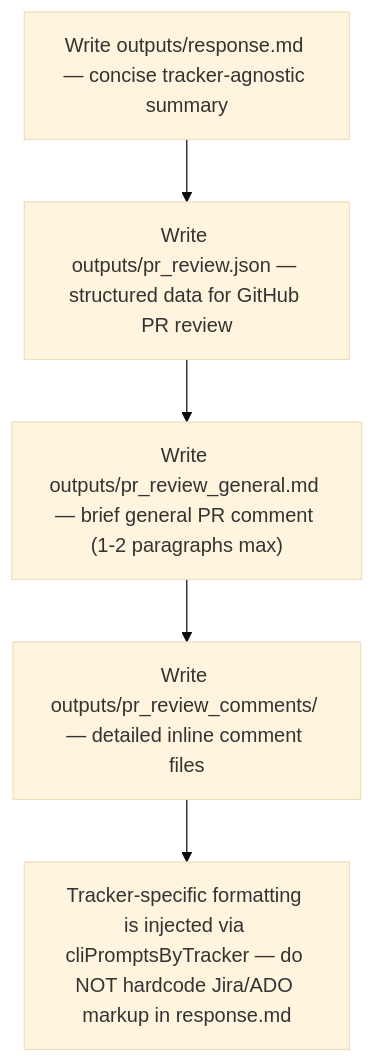
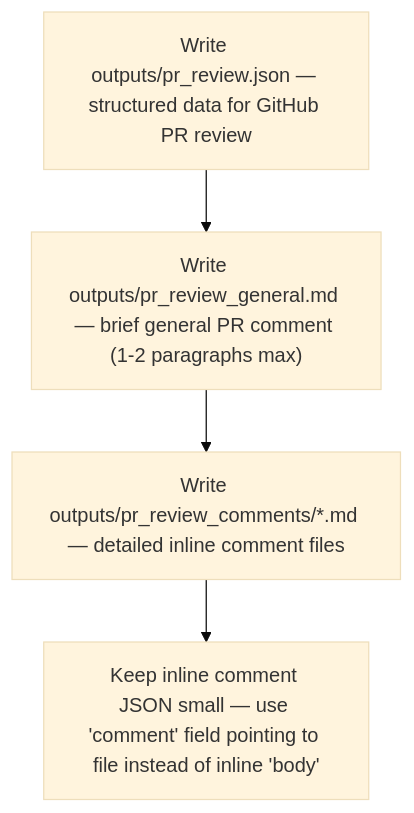
One commit to IstiN/dmtools-agents changed the fourth of 6 diagrams in snapshots/pr_review.md. Above: the diagram before and after it, drawn with Mermaid (base theme). The commit also changed other lines of this file and 5 other files, not shown here.

First line of the commit message:
fix(pr_review): stop asking for outputs/response.md, prefer inline comment files

````diff
--- a/snapshots/pr_review.md
+++ b/snapshots/pr_review.md
@@ -160,9 +161,8 @@
 ```mermaid
 flowchart TD
-    O1["Write outputs/response.md — concise tracker-agnostic summary"]
-    O2["Write outputs/pr_review.json — structured data for GitHub PR review"]
-    O3["Write outputs/pr_review_general.md — brief general PR comment (1-2 paragraphs max)"]
-    O4["Write outputs/pr_review_comments/ — detailed inline comment files"]
-    O5["Tracker-specific formatting is injected via cliPromptsByTracker — do NOT hardcode Jira/ADO markup in response.md"]
-    O1 --> O2 --> O3 --> O4 --> O5
+    O1["Write outputs/pr_review.json — structured data for GitHub PR review"]
+    O2["Write outputs/pr_review_general.md — brief general PR comment (1-2 paragraphs max)"]
+    O3["Write outputs/pr_review_comments/*.md — detailed inline comment files"]
+    O4["Keep inline comment JSON small — use 'comment' field pointing to file instead of inline 'body'"]
+    O1 --> O2 --> O3 --> O4
 ```
````
